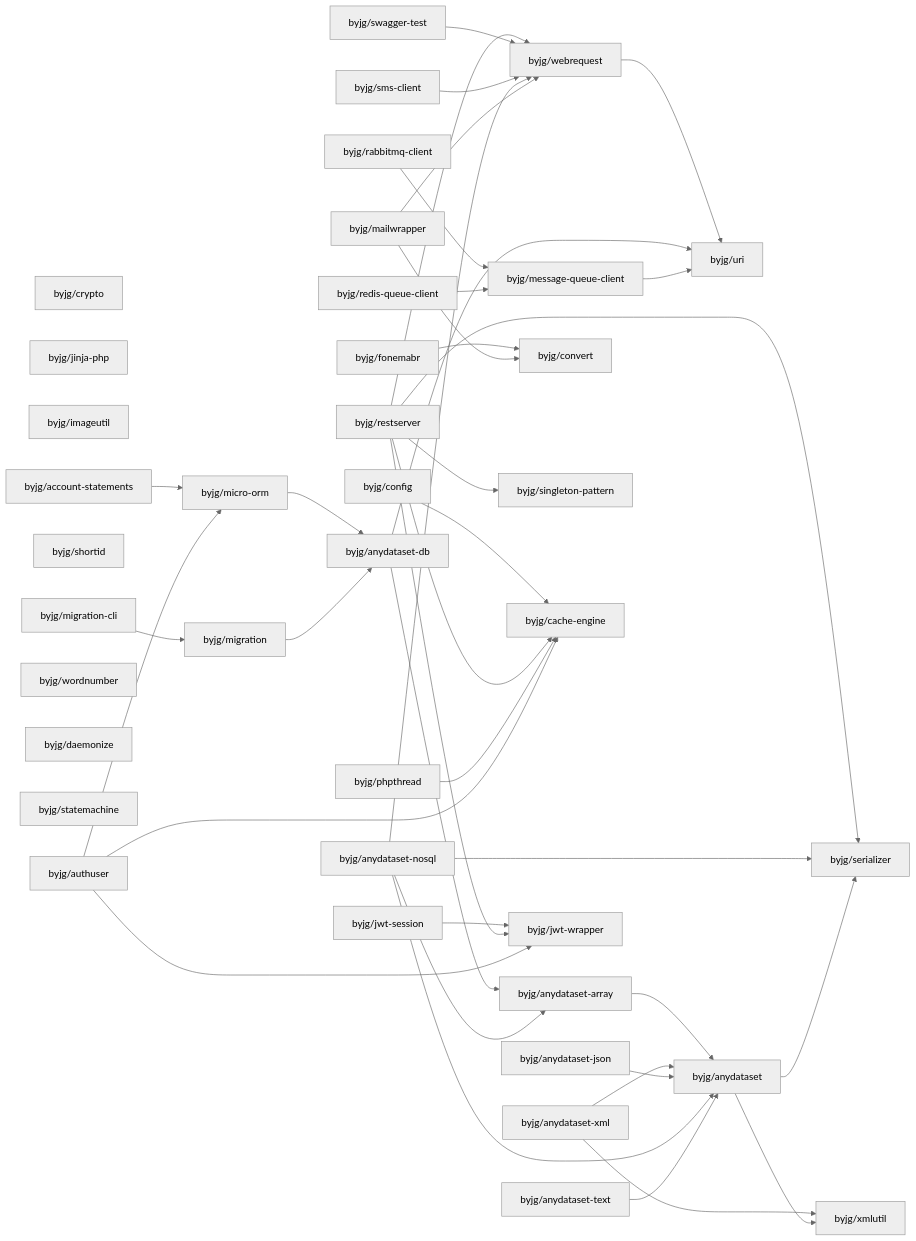
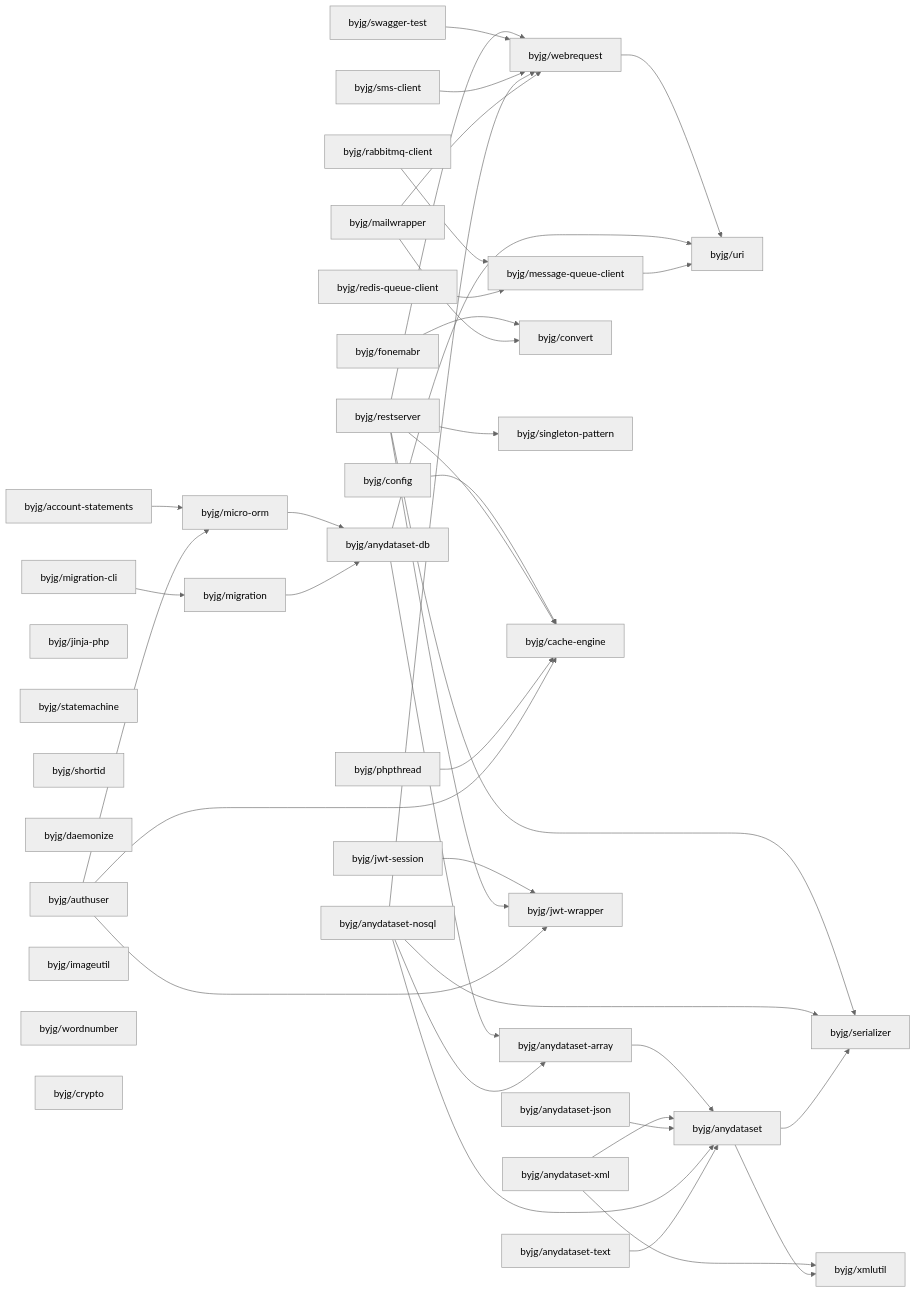
The diagram in docs/php/README.md (byjg/byjg.github.io), drawn with Mermaid (neutral theme) before and after one commit. The commit also changed other lines of this file, not shown here.

Commit message:
Update documentation 'php' 'php-migration'

````diff
--- a/docs/php/README.md
+++ b/docs/php/README.md
@@ -3,78 +3,78 @@
 ```mermaid
 graph LR;
-  byjg/crypto;
+  byjg/phpthread;
+  byjg/jwt-session;
+  byjg/sms-client;
+  byjg/anydataset-nosql;
+  byjg/rabbitmq-client;
+  byjg/authuser;
+  byjg/swagger-test;
+  byjg/anydataset-json;
+  byjg/migration-cli;
+  byjg/anydataset-xml;
+  byjg/mailwrapper;
   byjg/jinja-php;
-  byjg/jwt-session;
-  byjg/mailwrapper;
-  byjg/imageutil;
-  byjg/rabbitmq-client;
-  byjg/anydataset-json;
-  byjg/phpthread;
-  byjg/migration-cli;
-  byjg/redis-queue-client;
+  byjg/statemachine;
   byjg/shortid;
-  byjg/authuser;
-  byjg/anydataset-nosql;
-  byjg/wordnumber;
-  byjg/swagger-test;
-  byjg/sms-client;
-  byjg/anydataset-xml;
-  byjg/anydataset-text;
   byjg/daemonize;
   byjg/fonemabr;
+  byjg/account-statements;
+  byjg/anydataset-text;
   byjg/config;
-  byjg/statemachine;
   byjg/restserver;
-  byjg/account-statements;
+  byjg/redis-queue-client;
+  byjg/imageutil;
+  byjg/wordnumber;
+  byjg/crypto;
   byjg/migration;
-  byjg/message-queue-client;
   byjg/convert;
+  byjg/micro-orm;
   byjg/singleton-pattern;
   byjg/cache-engine;
   byjg/webrequest;
   byjg/jwt-wrapper;
-  byjg/micro-orm;
+  byjg/message-queue-client;
   byjg/anydataset-db;
   byjg/anydataset-array;
   byjg/uri;
   byjg/anydataset;
   byjg/serializer;
   byjg/xmlutil;
   byjg/config --> byjg/cache-engine;
   byjg/jwt-session --> byjg/jwt-wrapper;
   byjg/restserver --> byjg/serializer;
   byjg/restserver --> byjg/singleton-pattern;
   byjg/restserver --> byjg/cache-engine;
   byjg/restserver --> byjg/webrequest;
   byjg/restserver --> byjg/jwt-wrapper;
   byjg/micro-orm --> byjg/anydataset-db;
   byjg/swagger-test --> byjg/webrequest;
   byjg/anydataset-array --> byjg/anydataset;
   byjg/sms-client --> byjg/webrequest;
   byjg/anydataset-xml --> byjg/anydataset;
   byjg/anydataset-xml --> byjg/xmlutil;
   byjg/account-statements --> byjg/micro-orm;
   byjg/migration-cli --> byjg/migration;
   byjg/webrequest --> byjg/uri;
   byjg/anydataset-json --> byjg/anydataset;
   byjg/anydataset-db --> byjg/anydataset-array;
   byjg/anydataset-db --> byjg/uri;
   byjg/phpthread --> byjg/cache-engine;
   byjg/fonemabr --> byjg/convert;
   byjg/anydataset-nosql --> byjg/anydataset;
   byjg/anydataset-nosql --> byjg/anydataset-array;
   byjg/anydataset-nosql --> byjg/serializer;
   byjg/anydataset-nosql --> byjg/webrequest;
   byjg/anydataset --> byjg/serializer;
   byjg/anydataset --> byjg/xmlutil;
   byjg/message-queue-client --> byjg/uri;
   byjg/rabbitmq-client --> byjg/message-queue-client;
   byjg/mailwrapper --> byjg/convert;
   byjg/mailwrapper --> byjg/webrequest;
   byjg/migration --> byjg/anydataset-db;
   byjg/anydataset-text --> byjg/anydataset;
   byjg/authuser --> byjg/micro-orm;
   byjg/authuser --> byjg/cache-engine;
   byjg/authuser --> byjg/jwt-wrapper;
   byjg/redis-queue-client --> byjg/message-queue-client;
 ```
````
